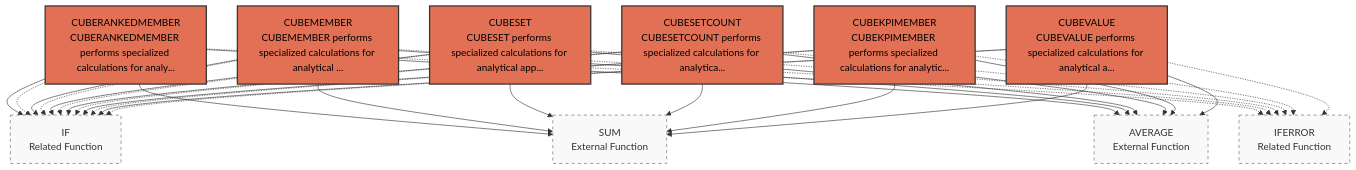
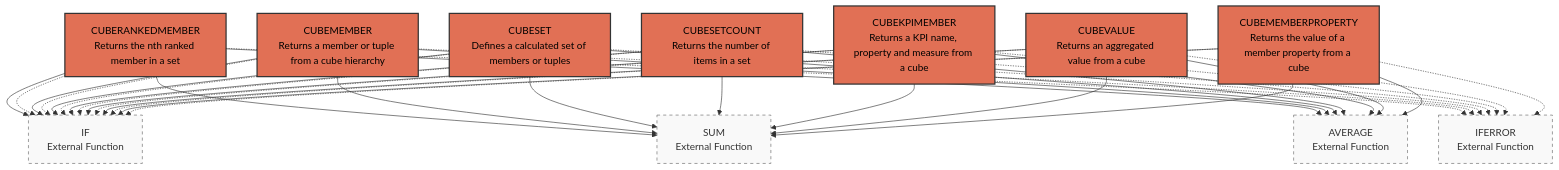
The diagram in Diagrams/Cube_diagram.md (klappe-pm/Spreadsheet-Functions), drawn with Mermaid before and after one commit. The commit also changed other lines of this file and 15 other files, not shown here.

First line of the commit message:
Review Engineering, Financial, Cube and array diagrams

````diff
--- a/Diagrams/Cube_diagram.md
+++ b/Diagrams/Cube_diagram.md
@@ -5,12 +39,13 @@
 ```mermaid
 graph TD
     classDef Cube fill:#E17055,stroke:#333,stroke-width:2px,color:#000
-    CUBERANKEDMEMBER["CUBERANKEDMEMBER<br/>CUBERANKEDMEMBER performs specialized calculations for analy..."]
-    CUBEMEMBER["CUBEMEMBER<br/>CUBEMEMBER performs specialized calculations for analytical ..."]
-    CUBESET["CUBESET<br/>CUBESET performs specialized calculations for analytical app..."]
-    CUBESETCOUNT["CUBESETCOUNT<br/>CUBESETCOUNT performs specialized calculations for analytica..."]
-    CUBEKPIMEMBER["CUBEKPIMEMBER<br/>CUBEKPIMEMBER performs specialized calculations for analytic..."]
-    CUBEVALUE["CUBEVALUE<br/>CUBEVALUE performs specialized calculations for analytical a..."]
+    CUBERANKEDMEMBER["CUBERANKEDMEMBER<br/>Returns the nth ranked member in a set"]
+    CUBEMEMBER["CUBEMEMBER<br/>Returns a member or tuple from a cube hierarchy"]
+    CUBESET["CUBESET<br/>Defines a calculated set of members or tuples"]
+    CUBESETCOUNT["CUBESETCOUNT<br/>Returns the number of items in a set"]
+    CUBEKPIMEMBER["CUBEKPIMEMBER<br/>Returns a KPI name, property and measure from a cube"]
+    CUBEVALUE["CUBEVALUE<br/>Returns an aggregated value from a cube"]
+    CUBEMEMBERPROPERTY["CUBEMEMBERPROPERTY<br/>Returns the value of a member property from a cube"]
     IF["IF<br/>External Function"]
     CUBERANKEDMEMBER --> IF
     class IF external
@@ -20,10 +55,10 @@
     AVERAGE["AVERAGE<br/>External Function"]
     CUBERANKEDMEMBER --> AVERAGE
     class AVERAGE external
-    IF["IF<br/>Related Function"]
+    IF["IF<br/>External Function"]
     CUBERANKEDMEMBER -.-> IF
     class IF external
-    IFERROR["IFERROR<br/>Related Function"]
+    IFERROR["IFERROR<br/>External Function"]
     CUBERANKEDMEMBER -.-> IFERROR
     class IFERROR external
     IF["IF<br/>External Function"]
@@ -35,10 +70,10 @@
     AVERAGE["AVERAGE<br/>External Function"]
     CUBEMEMBER --> AVERAGE
     class AVERAGE external
-    IF["IF<br/>Related Function"]
+    IF["IF<br/>External Function"]
     CUBEMEMBER -.-> IF
     class IF external
-    IFERROR["IFERROR<br/>Related Function"]
+    IFERROR["IFERROR<br/>External Function"]
     CUBEMEMBER -.-> IFERROR
     class IFERROR external
     IF["IF<br/>External Function"]
@@ -50,10 +85,10 @@
     AVERAGE["AVERAGE<br/>External Function"]
     CUBESET --> AVERAGE
     class AVERAGE external
-    IF["IF<br/>Related Function"]
+    IF["IF<br/>External Function"]
     CUBESET -.-> IF
     class IF external
-    IFERROR["IFERROR<br/>Related Function"]
+    IFERROR["IFERROR<br/>External Function"]
     CUBESET -.-> IFERROR
     class IFERROR external
     IF["IF<br/>External Function"]
@@ -65,10 +100,10 @@
     AVERAGE["AVERAGE<br/>External Function"]
     CUBESETCOUNT --> AVERAGE
     class AVERAGE external
-    IF["IF<br/>Related Function"]
+    IF["IF<br/>External Function"]
     CUBESETCOUNT -.-> IF
     class IF external
-    IFERROR["IFERROR<br/>Related Function"]
+    IFERROR["IFERROR<br/>External Function"]
     CUBESETCOUNT -.-> IFERROR
     class IFERROR external
     IF["IF<br/>External Function"]
@@ -80,10 +115,10 @@
     AVERAGE["AVERAGE<br/>External Function"]
     CUBEKPIMEMBER --> AVERAGE
     class AVERAGE external
-    IF["IF<br/>Related Function"]
+    IF["IF<br/>External Function"]
     CUBEKPIMEMBER -.-> IF
     class IF external
-    IFERROR["IFERROR<br/>Related Function"]
+    IFERROR["IFERROR<br/>External Function"]
     CUBEKPIMEMBER -.-> IFERROR
     class IFERROR external
     IF["IF<br/>External Function"]
@@ -95,11 +130,26 @@
     AVERAGE["AVERAGE<br/>External Function"]
     CUBEVALUE --> AVERAGE
     class AVERAGE external
-    IF["IF<br/>Related Function"]
+    IF["IF<br/>External Function"]
     CUBEVALUE -.-> IF
     class IF external
-    IFERROR["IFERROR<br/>Related Function"]
+    IFERROR["IFERROR<br/>External Function"]
     CUBEVALUE -.-> IFERROR
+    class IFERROR external
+    IF["IF<br/>External Function"]
+    CUBEMEMBERPROPERTY --> IF
+    class IF external
+    SUM["SUM<br/>External Function"]
+    CUBEMEMBERPROPERTY --> SUM
+    class SUM external
+    AVERAGE["AVERAGE<br/>External Function"]
+    CUBEMEMBERPROPERTY --> AVERAGE
+    class AVERAGE external
+    IF["IF<br/>External Function"]
+    CUBEMEMBERPROPERTY -.-> IF
+    class IF external
+    IFERROR["IFERROR<br/>External Function"]
+    CUBEMEMBERPROPERTY -.-> IFERROR
     class IFERROR external
     class CUBERANKEDMEMBER Cube
     class CUBEMEMBER Cube
@@ -107,5 +157,6 @@
     class CUBESETCOUNT Cube
     class CUBEKPIMEMBER Cube
     class CUBEVALUE Cube
+    class CUBEMEMBERPROPERTY Cube
     classDef external fill:#f9f9f9,stroke:#666,stroke-width:1px,stroke-dasharray: 5 5
 ```
````
